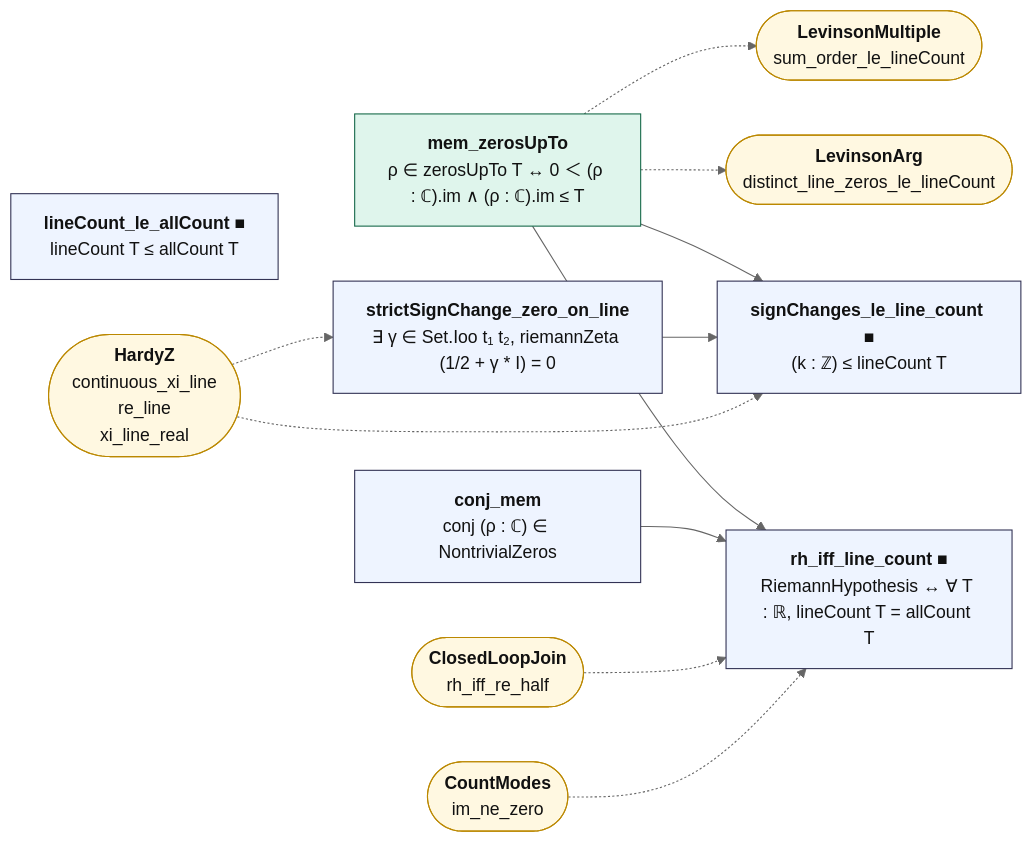
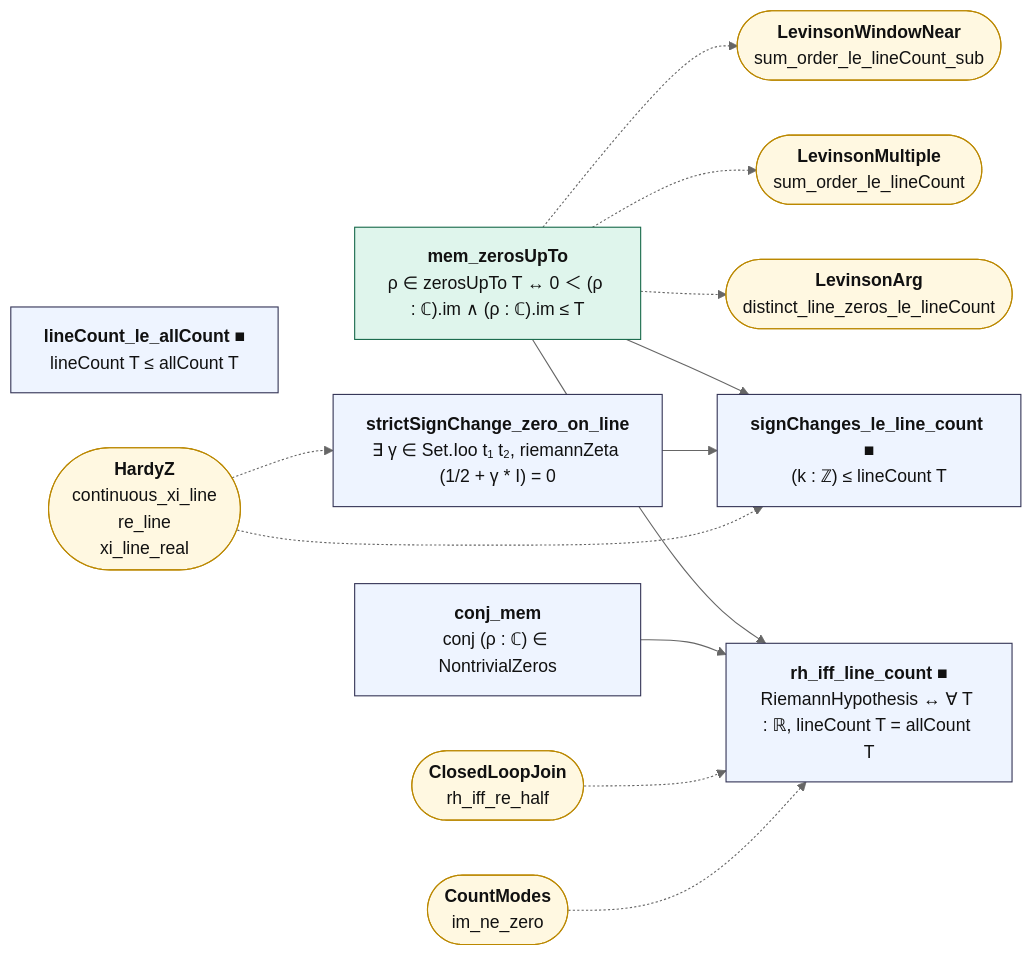
One commit to juliansambranojr/Primebeat_081426 changed the diagram in map/lean_stage3/LineCount.md. Above: the diagram before and after it, drawn with Mermaid (neutral theme). The commit also changed other lines of this file and 40 other files, not shown here.

````diff
--- a/map/lean_stage3/LineCount.md
+++ b/map/lean_stage3/LineCount.md
@@ -14,32 +14,34 @@
 ```mermaid
 flowchart LR
   n0["<b>mem_zerosUpTo</b><br/>ρ ∈ zerosUpTo T ↔ 0 ＜ (ρ : ℂ).im ∧ (ρ : ℂ).im ≤ T"]:::cnt
   n1["<b>strictSignChange_zero_on_line</b><br/>∃ γ ∈ Set.Ioo t₁ t₂, riemannZeta (1/2 + γ * I) = 0"]:::thm
   n2["<b>conj_mem</b><br/>conj (ρ : ℂ) ∈ NontrivialZeros"]:::thm
   n3["<b>lineCount_le_allCount ■</b><br/>lineCount T ≤ allCount T"]:::thm
   n4["<b>rh_iff_line_count ■</b><br/>RiemannHypothesis ↔ ∀ T : ℝ, lineCount T = allCount T"]:::thm
   n5["<b>signChanges_le_line_count ■</b><br/>(k : ℤ) ≤ lineCount T"]:::thm
   x0(["<b>LevinsonArg</b><br/>distinct_line_zeros_le_lineCount"]):::ext
   x1(["<b>LevinsonMultiple</b><br/>sum_order_le_lineCount"]):::ext
-  x2(["<b>HardyZ</b><br/>continuous_xi_line<br/>re_line<br/>xi_line_real"]):::ext
-  x3(["<b>ClosedLoopJoin</b><br/>rh_iff_re_half"]):::ext
-  x4(["<b>CountModes</b><br/>im_ne_zero"]):::ext
+  x2(["<b>LevinsonWindowNear</b><br/>sum_order_le_lineCount_sub"]):::ext
+  x3(["<b>HardyZ</b><br/>continuous_xi_line<br/>re_line<br/>xi_line_real"]):::ext
+  x4(["<b>ClosedLoopJoin</b><br/>rh_iff_re_half"]):::ext
+  x5(["<b>CountModes</b><br/>im_ne_zero"]):::ext
   n0 --> n4
   n0 --> n5
   n1 --> n5
   n2 --> n4
   n0 -.-> x0
   n0 -.-> x1
-  x2 -.-> n1
-  x2 -.-> n5
-  x3 -.-> n4
+  n0 -.-> x2
+  x3 -.-> n1
+  x3 -.-> n5
   x4 -.-> n4
+  x5 -.-> n4
   classDef cnt fill:#dff5ec,stroke:#17694a,color:#111
   classDef shp fill:#f1ecfb,stroke:#5b3fa0,color:#111
   classDef rh fill:#ffe5e5,stroke:#c22,color:#111,stroke-width:2px
   classDef thm fill:#eef4ff,stroke:#335,color:#111
   classDef end_ fill:#e7f7e7,stroke:#2a7,color:#111,stroke-width:2px
   classDef lone fill:#fff,stroke:#999,color:#111,stroke-dasharray:4 3
   classDef bad fill:#ffe5e5,stroke:#c22,color:#111,stroke-width:2px
   classDef ext fill:#fff8e1,stroke:#b80,color:#111
 ```
````
